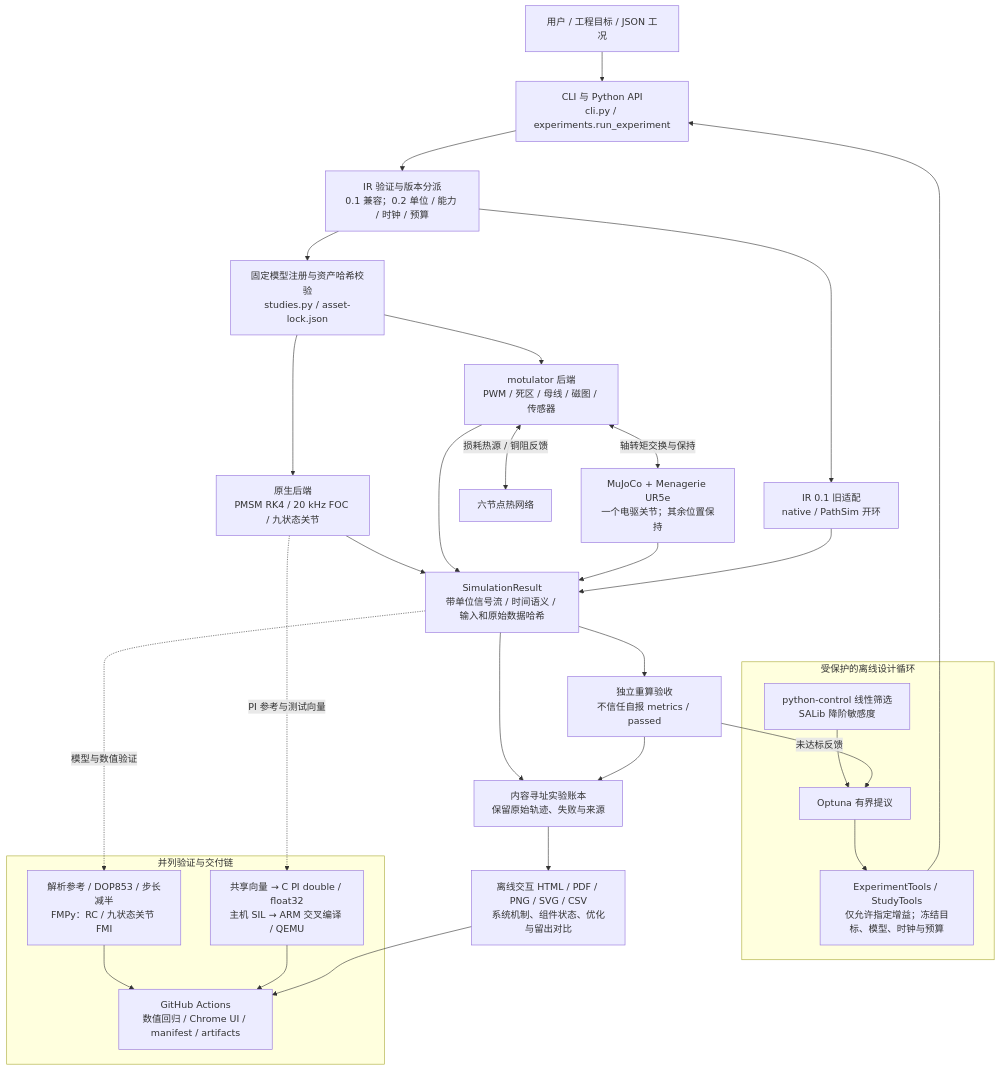
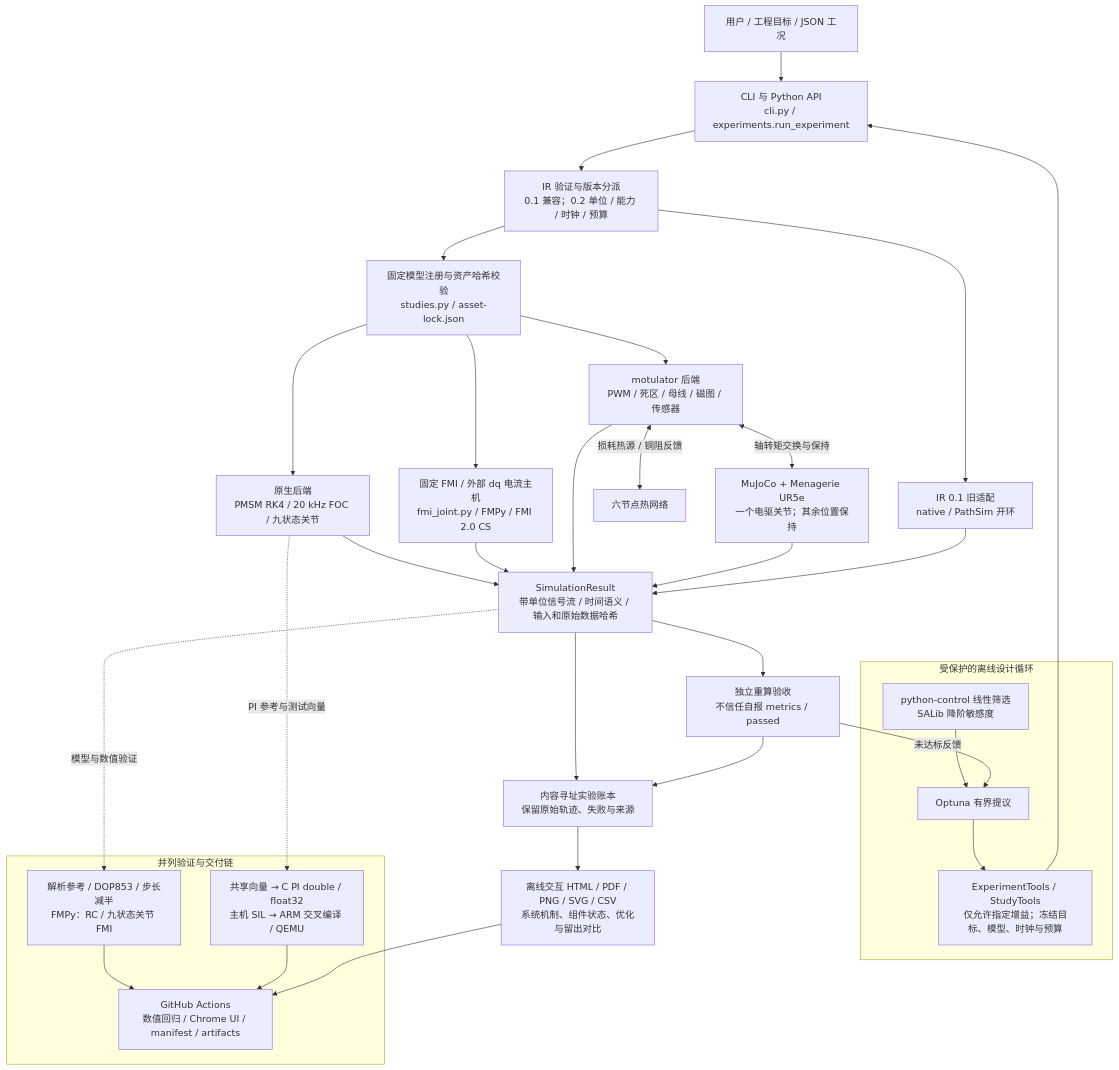
One commit to lse872317312010/open-engineering-agent-lab changed the diagram in docs/architecture-overview.mmd. Above: the diagram before and after it, drawn with Mermaid. The commit also changed 5 other files, not shown here.

Commit message:
docs: record FMI host gates, six-profile regression and architecture [skip ci]

```diff
--- a/docs/architecture-overview.mmd
+++ b/docs/architecture-overview.mmd
@@ -1,33 +1,35 @@
 flowchart TB
   USER["用户 / 工程目标 / JSON 工况"] --> ENTRY["CLI 与 Python API<br/>cli.py / experiments.run_experiment"]
   subgraph DESIGN["受保护的离线设计循环"]
     ANALYSIS["python-control 线性筛选<br/>SALib 降阶敏感度"] --> OPT["Optuna 有界提议"]
     OPT --> TOOLS["ExperimentTools / StudyTools<br/>仅允许指定增益；冻结目标、模型、时钟与预算"]
   end
   TOOLS --> ENTRY
   ENTRY --> IR["IR 验证与版本分派<br/>0.1 兼容；0.2 单位 / 能力 / 时钟 / 预算"]
   IR --> REG["固定模型注册与资产哈希校验<br/>studies.py / asset-lock.json"]
+  REG --> FMI["固定 FMI / 外部 dq 电流主机<br/>fmi_joint.py / FMPy / FMI 2.0 CS"]
   REG --> NATIVE["原生后端<br/>PMSM RK4 / 20 kHz FOC / 九状态关节"]
   REG --> MOTOR["motulator 后端<br/>PWM / 死区 / 母线 / 磁图 / 传感器"]
   MOTOR <-->|"轴转矩交换与保持"| ROBOT["MuJoCo + Menagerie UR5e<br/>一个电驱关节；其余位置保持"]
   MOTOR <-->|"损耗热源 / 铜阻反馈"| THERMAL["六节点热网络"]
   IR --> LEGACY["IR 0.1 旧适配<br/>native / PathSim 开环"]
   NATIVE --> STREAM["SimulationResult<br/>带单位信号流 / 时间语义 / 输入和原始数据哈希"]
+  FMI --> STREAM
   MOTOR --> STREAM
   ROBOT --> STREAM
   LEGACY --> STREAM
   STREAM --> VERIFY["独立重算验收<br/>不信任自报 metrics / passed"]
   VERIFY -->|未达标反馈| OPT
   STREAM --> LEDGER["内容寻址实验账本<br/>保留原始轨迹、失败与来源"]
   VERIFY --> LEDGER
   LEDGER --> REPORT["离线交互 HTML / PDF / PNG / SVG / CSV<br/>系统机制、组件状态、优化与留出对比"]
   subgraph VALIDATION["并列验证与交付链"]
     REF["解析参考 / DOP853 / 步长减半<br/>FMPy：RC / 九状态关节 FMI"]
     SIL["共享向量 → C PI double / float32<br/>主机 SIL → ARM 交叉编译 / QEMU"]
     CI["GitHub Actions<br/>数值回归 / Chrome UI / manifest / artifacts"]
     REF --> CI
     SIL --> CI
   end
   STREAM -.模型与数值验证.-> REF
   NATIVE -.PI 参考与测试向量.-> SIL
   REPORT --> CI
```
